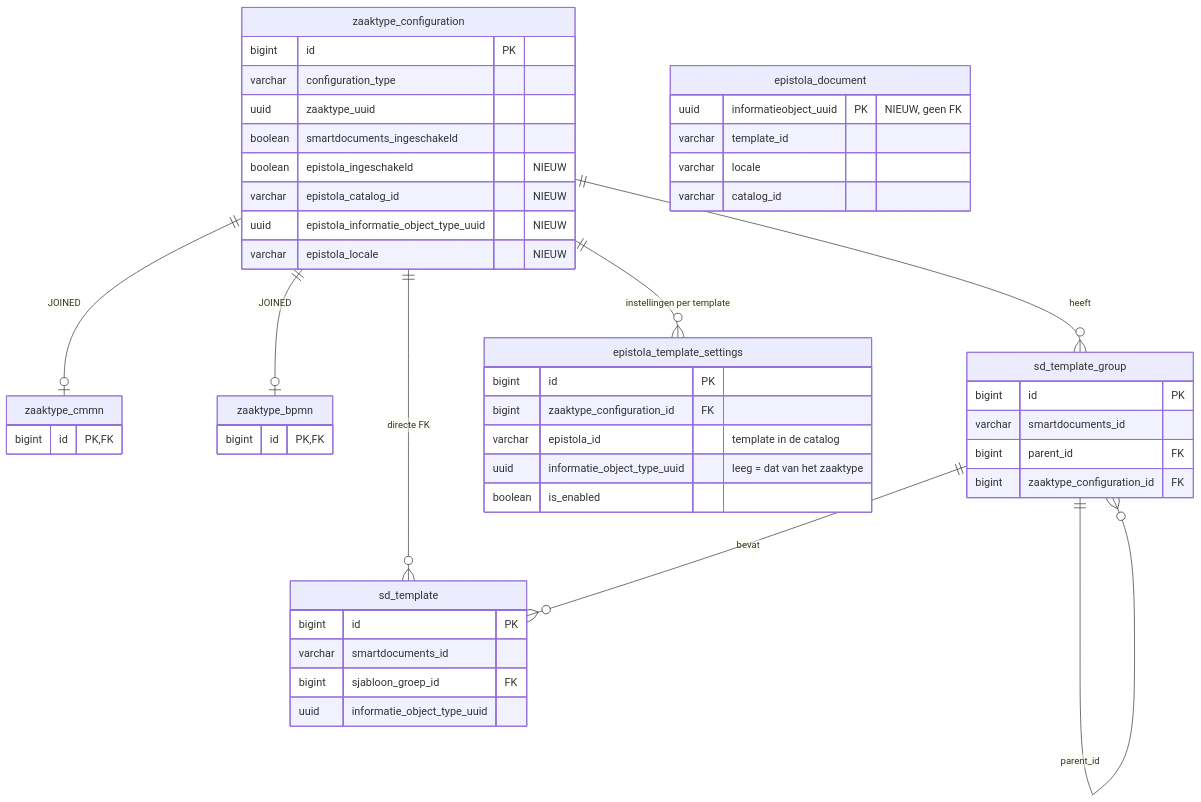
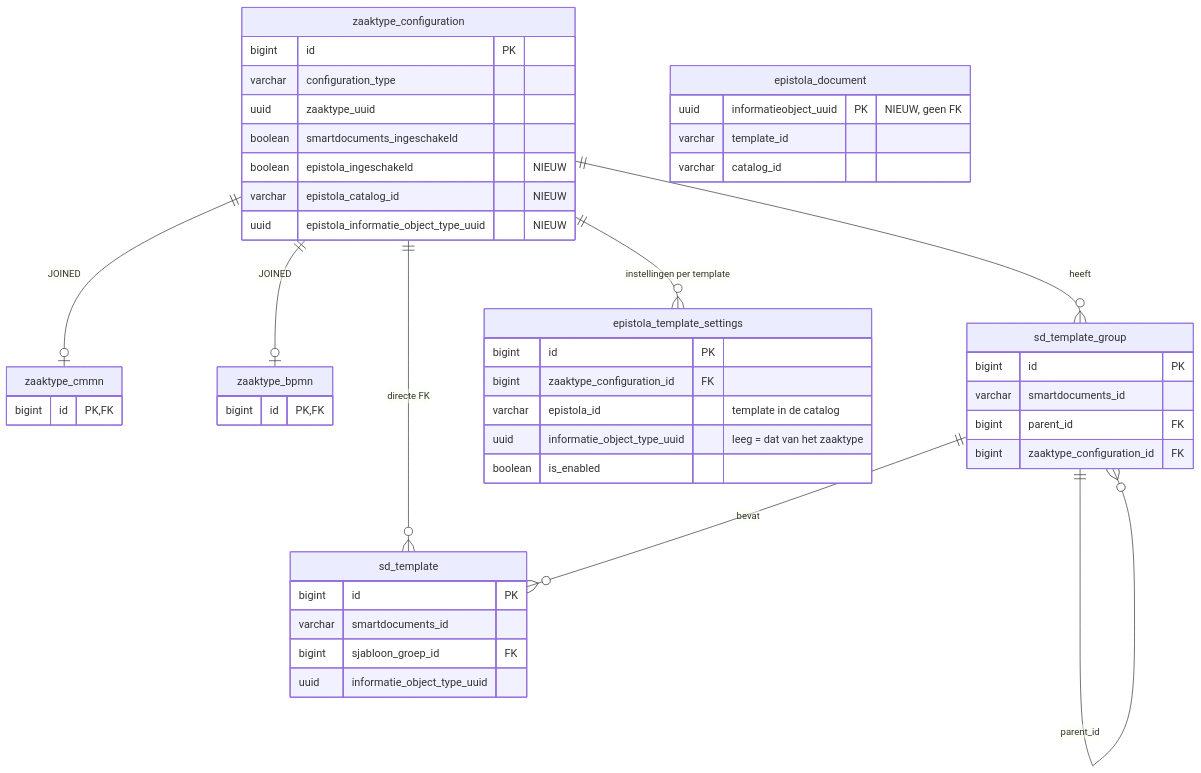
The diagram in docs/epistola/datamodel.md (infonl/zac-epistola-prototype), drawn with Mermaid before and after one commit. The commit also changed other lines of this file and 52 other files, not shown here.

````diff
--- a/docs/epistola/datamodel.md
+++ b/docs/epistola/datamodel.md
@@ -25,52 +25,50 @@
 ```mermaid
 erDiagram
     zaaktype_configuration ||--o| zaaktype_cmmn : "JOINED"
     zaaktype_configuration ||--o| zaaktype_bpmn : "JOINED"
     zaaktype_configuration ||--o{ sd_template_group : heeft
     zaaktype_configuration ||--o{ sd_template : "directe FK"
     zaaktype_configuration ||--o{ epistola_template_settings : "instellingen per template"
     sd_template_group ||--o{ sd_template : bevat
     sd_template_group ||--o{ sd_template_group : parent_id
 
     zaaktype_configuration {
         bigint id PK
         varchar configuration_type
         uuid zaaktype_uuid
         boolean smartdocuments_ingeschakeld
         boolean epistola_ingeschakeld "NIEUW"
         varchar epistola_catalog_id "NIEUW"
         uuid epistola_informatie_object_type_uuid "NIEUW"
-        varchar epistola_locale "NIEUW"
     }
     zaaktype_cmmn {
         bigint id PK,FK
     }
     zaaktype_bpmn {
         bigint id PK,FK
     }
     sd_template_group {
         bigint id PK
         varchar smartdocuments_id
         bigint parent_id FK
         bigint zaaktype_configuration_id FK
     }
     sd_template {
         bigint id PK
         varchar smartdocuments_id
         bigint sjabloon_groep_id FK
         uuid informatie_object_type_uuid
     }
     epistola_template_settings {
         bigint id PK
         bigint zaaktype_configuration_id FK
         varchar epistola_id "template in de catalog"
         uuid informatie_object_type_uuid "leeg = dat van het zaaktype"
         boolean is_enabled
     }
     epistola_document {
         uuid informatieobject_uuid PK "NIEUW, geen FK"
         varchar template_id
-        varchar locale
         varchar catalog_id
     }
 ```
````
